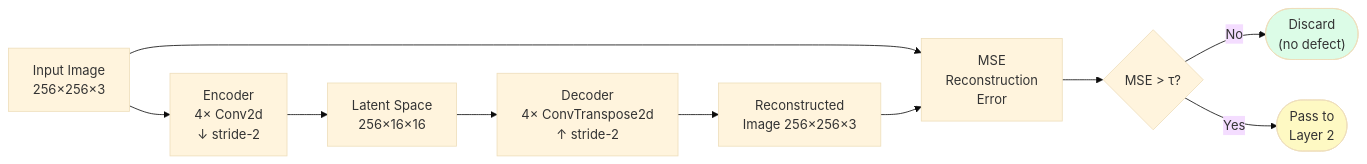
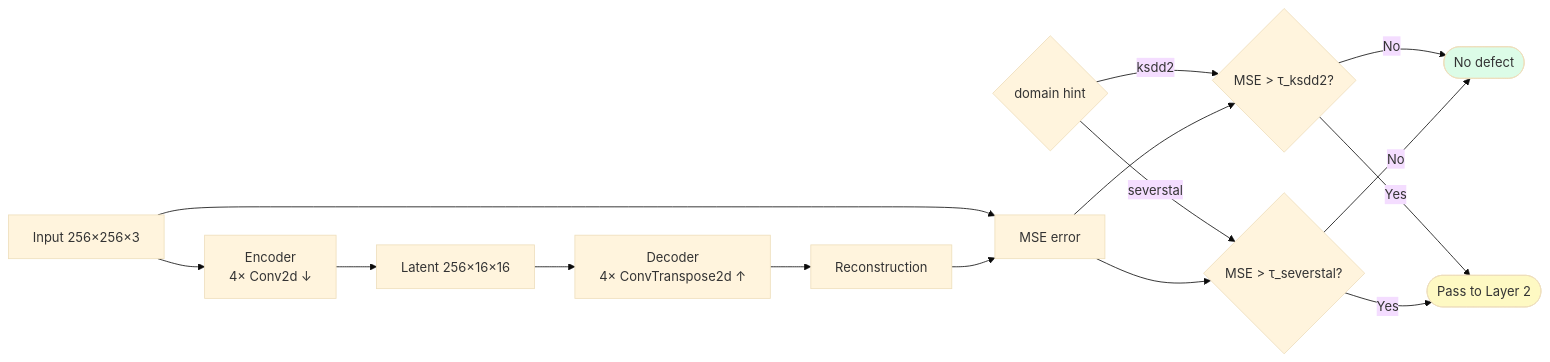
One commit to j-jayes/Scratching-the-Surface changed the first of 4 diagrams in website/architecture.qmd. Above: the diagram before and after it, drawn with Mermaid (base theme). The commit also changed other lines of this file and 73 other files, not shown here.

````diff
--- a/website/architecture.qmd
+++ b/website/architecture.qmd
@@ -22,24 +27,31 @@
 ```{mermaid}
 %%| label: fig-layer1
-%%| fig-cap: "Layer 1: Autoencoder reconstruction pipeline"
+%%| fig-cap: "Layer 1: per-domain MSE thresholding"
 flowchart LR
-    IMG[Input Image\n256×256×3]
-    ENC["Encoder\n4× Conv2d\n↓ stride-2"]
-    LAT["Latent Space\n256×16×16"]
-    DEC["Decoder\n4× ConvTranspose2d\n↑ stride-2"]
-    RECON["Reconstructed\nImage 256×256×3"]
-    MSE["MSE\nReconstruction\nError"]
-    GATE{"MSE > τ?"}
-    DISCARD(["Discard\n(no defect)"])
-    PASS(["Pass to\nLayer 2"])
+    IMG[Input 256×256×3]
+    DOMAIN{domain hint}
+    ENC["Encoder<br/>4× Conv2d ↓"]
+    LAT["Latent 256×16×16"]
+    DEC["Decoder<br/>4× ConvTranspose2d ↑"]
+    RECON["Reconstruction"]
+    MSE["MSE error"]
+    GATE_K{"MSE > τ_ksdd2?"}
+    GATE_S{"MSE > τ_severstal?"}
+    DISCARD([No defect])
+    PASS([Pass to Layer 2])
 
     IMG --> ENC --> LAT --> DEC --> RECON
     IMG --> MSE
     RECON --> MSE
-    MSE --> GATE
-    GATE -- No --> DISCARD
-    GATE -- Yes --> PASS
+    DOMAIN -- ksdd2 --> GATE_K
+    DOMAIN -- severstal --> GATE_S
+    MSE --> GATE_K
+    MSE --> GATE_S
+    GATE_K -- No --> DISCARD
+    GATE_S -- No --> DISCARD
+    GATE_K -- Yes --> PASS
+    GATE_S -- Yes --> PASS
 
     style DISCARD fill:#dcfce7
     style PASS fill:#fef9c3
 ```
````
